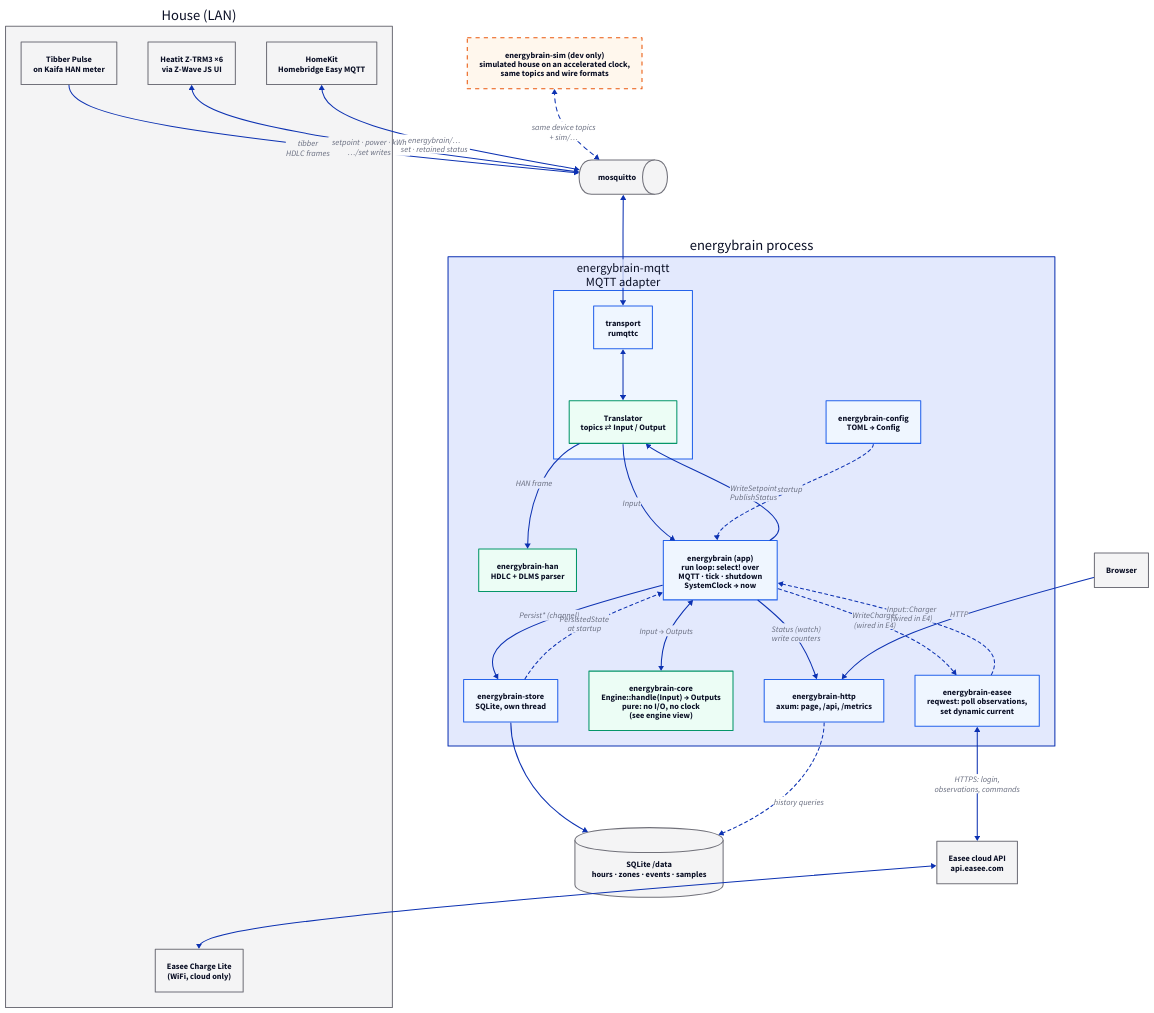
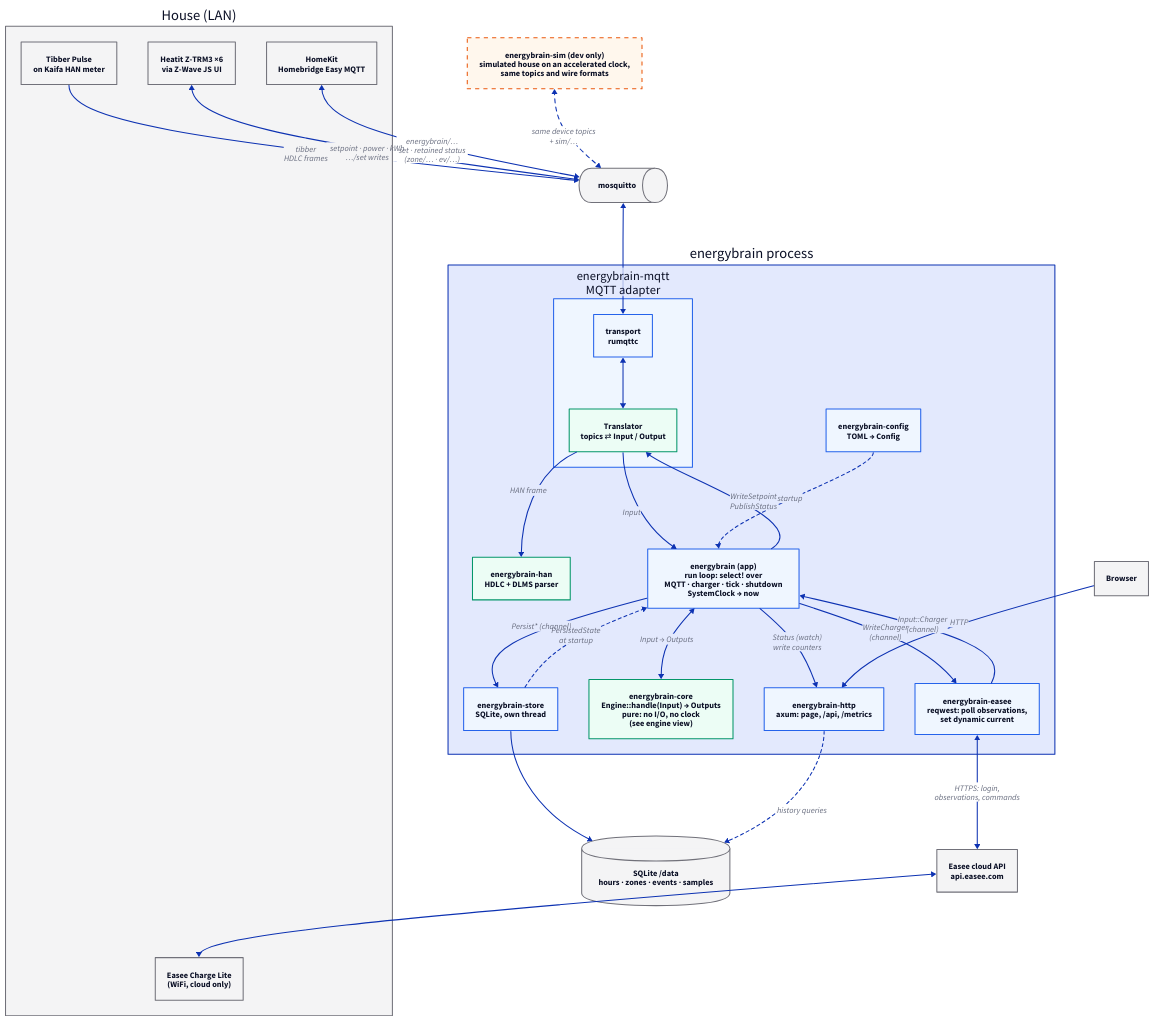
One commit to bendiksolheim/energybrain changed the diagram in docs/architecture/system.d2. Above: the diagram before and after it, drawn with D2. The commit also changed 19 other files, not shown here.

First line of the commit message:
E4: wire the Easee link into the app (PLAN.md §9)

```diff
--- a/docs/architecture/system.d2
+++ b/docs/architecture/system.d2
@@ -1,69 +1,69 @@
 # System view: the energybrain process and everything it talks to while it runs.
 # Hand-written. Update when crates, external systems or the wiring between them change,
 # then run `just arch` (see docs/architecture/README.md). Every crate under crates/ must
 # appear here as `energybrain-<name>` (checked by a test in the app crate).
 
 direction: down
 
 classes: {
   external: {style: {fill: "#f4f4f5"; stroke: "#71717a"}}
   pure: {style: {fill: "#ecfdf5"; stroke: "#059669"}}
   io: {style: {fill: "#eff6ff"; stroke: "#2563eb"}}
   dev: {style: {fill: "#fff7ed"; stroke: "#ea580c"; stroke-dash: 4}}
 }
 
 house: House (LAN) {
   class: external
   pulse: "Tibber Pulse\non Kaifa HAN meter" {class: external}
   ztrm: "Heatit Z-TRM3 ×6\nvia Z-Wave JS UI" {class: external}
   homekit: "HomeKit\nHomebridge Easy MQTT" {class: external}
   easee_charger: "Easee Charge Lite\n(WiFi, cloud only)" {class: external}
 }
 
 easee_cloud: "Easee cloud API\napi.easee.com" {class: external}
 
 broker: "mosquitto" {class: external; shape: queue}
 
 sim: "energybrain-sim (dev only)\nsimulated house on an accelerated clock,\nsame topics and wire formats" {class: dev}
 
 eb: energybrain process {
   mqtt: "energybrain-mqtt\nMQTT adapter" {
     class: io
     transport: "transport\nrumqttc" {class: io}
     translate: "Translator\ntopics ⇄ Input / Output" {class: pure}
     transport <-> translate
   }
   han: "energybrain-han\nHDLC + DLMS parser" {class: pure}
   easee: "energybrain-easee\nreqwest: poll observations,\nset dynamic current" {class: io}
 
-  loop: "energybrain (app)\nrun loop: select! over\nMQTT · tick · shutdown\nSystemClock → now" {class: io}
+  loop: "energybrain (app)\nrun loop: select! over\nMQTT · charger · tick · shutdown\nSystemClock → now" {class: io}
   core: "energybrain-core\nEngine::handle(Input) → Outputs\npure: no I/O, no clock\n(see engine view)" {class: pure}
   config: "energybrain-config\nTOML → Config" {class: io}
   store: "energybrain-store\nSQLite, own thread" {class: io}
   http: "energybrain-http\naxum: page, /api, /metrics" {class: io}
 
   mqtt.translate -> han: HAN frame
   mqtt.translate -> loop: Input
   loop -> mqtt.translate: "WriteSetpoint\nPublishStatus"
   loop <-> core: "Input → Outputs"
-  easee -> loop: "Input::Charger\n(wired in E4)" {style.stroke-dash: 3}
-  loop -> easee: "WriteCharger\n(wired in E4)" {style.stroke-dash: 3}
+  easee -> loop: "Input::Charger\n(channel)"
+  loop -> easee: "WriteCharger\n(channel)"
   config -> loop: startup {style.stroke-dash: 3}
   loop -> store: "Persist* (channel)"
   store -> loop: "PersistedState\nat startup" {style.stroke-dash: 3}
   loop -> http: "Status (watch)\nwrite counters"
 }
 
 db: "SQLite /data\nhours · zones · events · samples" {shape: cylinder; class: external}
 browser: "Browser" {class: external}
 
 house.pulse -> broker: "tibber\nHDLC frames"
 house.ztrm <-> broker: "setpoint · power · kWh\n…/set writes"
-house.homekit <-> broker: "energybrain/…\nset · retained status"
+house.homekit <-> broker: "energybrain/…\nset · retained status\n(zone/… · ev/…)"
 sim <-> broker: "same device topics\n+ sim/…" {style.stroke-dash: 4}
 broker <-> eb.mqtt.transport
 eb.store -> db
 eb.http -> db: "history queries" {style.stroke-dash: 3}
 browser -> eb.http: HTTP
 eb.easee <-> easee_cloud: "HTTPS: login,\nobservations, commands"
 easee_cloud <-> house.easee_charger
```
